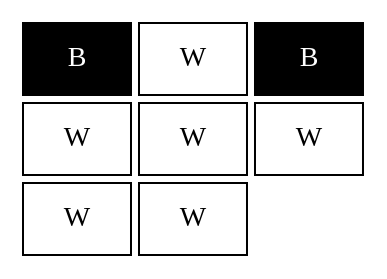
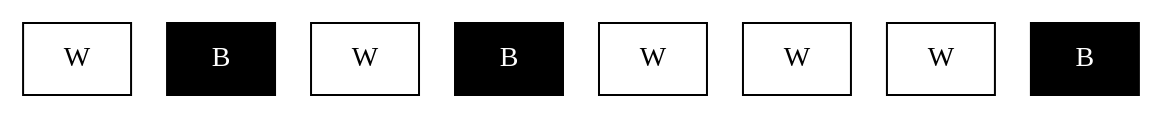
Before and after one commit to Manuelhb1/Proyecto1_IPC2: the diagram in carpetaSalida/grafica.gv, drawn with Graphviz. The commit also changed 4 other files, not shown here.

```diff
--- a/carpetaSalida/grafica.gv
+++ b/carpetaSalida/grafica.gv
@@ -1,13 +1,13 @@
 // Mostrando patron
 digraph {
-	graph [layout=osage]
-	node [fillcolor=white fontcolor=black layout=osage shape=box style=filled]
-	nodo0 [label=B color=black fillcolor=black fontcolor=white]
-	nodo1 [label=W]
-	nodo2 [label=B color=black fillcolor=black fontcolor=white]
-	nodo3 [label=W]
+	graph [layout=dot]
+	node [fillcolor=white fontcolor=black shape=box style=filled]
+	nodo0 [label=W]
+	nodo1 [label=B color=black fillcolor=black fontcolor=white]
+	nodo2 [label=W]
+	nodo3 [label=B color=black fillcolor=black fontcolor=white]
 	nodo4 [label=W]
 	nodo5 [label=W]
 	nodo6 [label=W]
-	nodo7 [label=W]
+	nodo7 [label=B color=black fillcolor=black fontcolor=white]
 }
```
